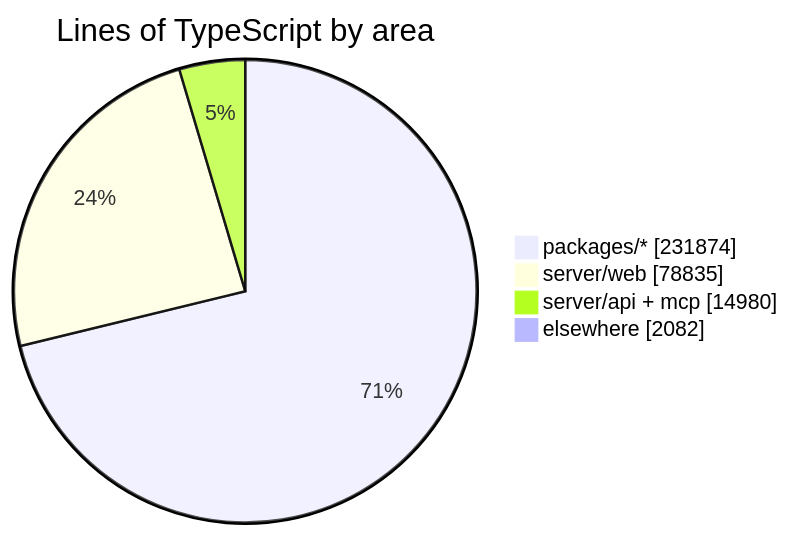
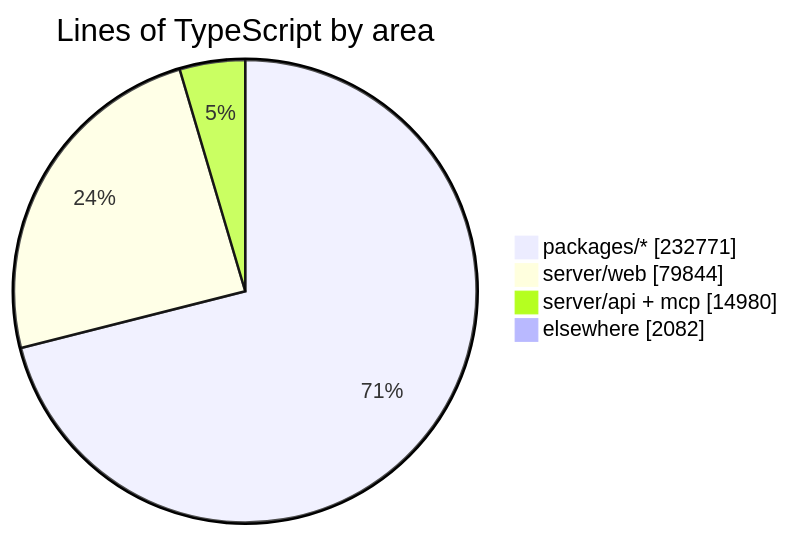
Before and after one commit to crossworks-engineering/mantle: the diagram in README.md, drawn with Mermaid. The commit also changed other lines of this file and 2 other files, not shown here.

````diff
--- a/README.md
+++ b/README.md
@@ -287,7 +287,7 @@
 ```mermaid
 pie showData title Lines of TypeScript by area
-    "packages/*" : 231874
-    "server/web" : 78835
+    "packages/*" : 232771
+    "server/web" : 79844
     "server/api + mcp" : 14980
     "elsewhere" : 2082
 ```
````
